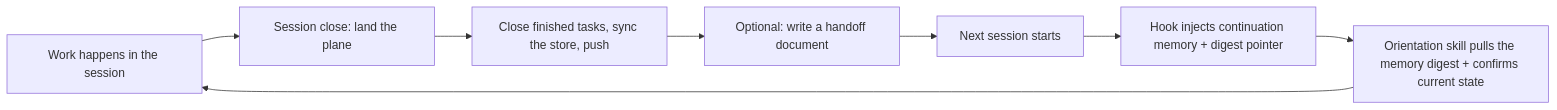
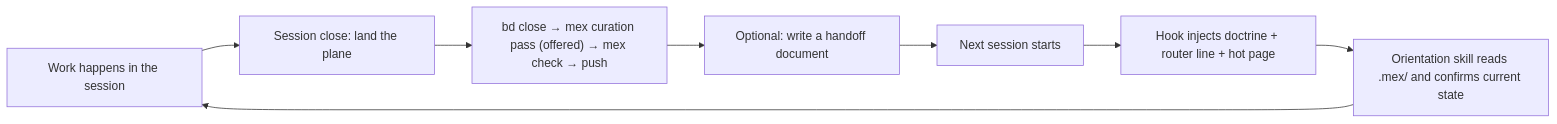
The third of 3 diagrams in docs/en/memory.md (strider4560/beads-superpowers), drawn with Mermaid before and after one commit. The commit also changed other lines of this file and 21 other files, not shown here.

Commit message:
docs: mex durable-knowledge architecture, en+zh (beads-superpowers-spl)

````diff
--- a/docs/en/memory.md
+++ b/docs/en/memory.md
@@ -72,10 +161,10 @@
 ```mermaid
 flowchart LR
   A["Work happens in the session"] --> B["Session close: land the plane"]
-  B --> C["Close finished tasks, sync the store, push"]
+  B --> C["bd close → mex curation pass (offered) → mex check → push"]
   C --> D["Optional: write a handoff document"]
   D --> E["Next session starts"]
-  E --> F["Hook injects continuation memory + digest pointer"]
-  F --> G["Orientation skill pulls the memory digest + confirms current state"]
+  E --> F["Hook injects doctrine + router line + hot page"]
+  F --> G["Orientation skill reads .mex/ and confirms current state"]
   G --> A
 ```
````
